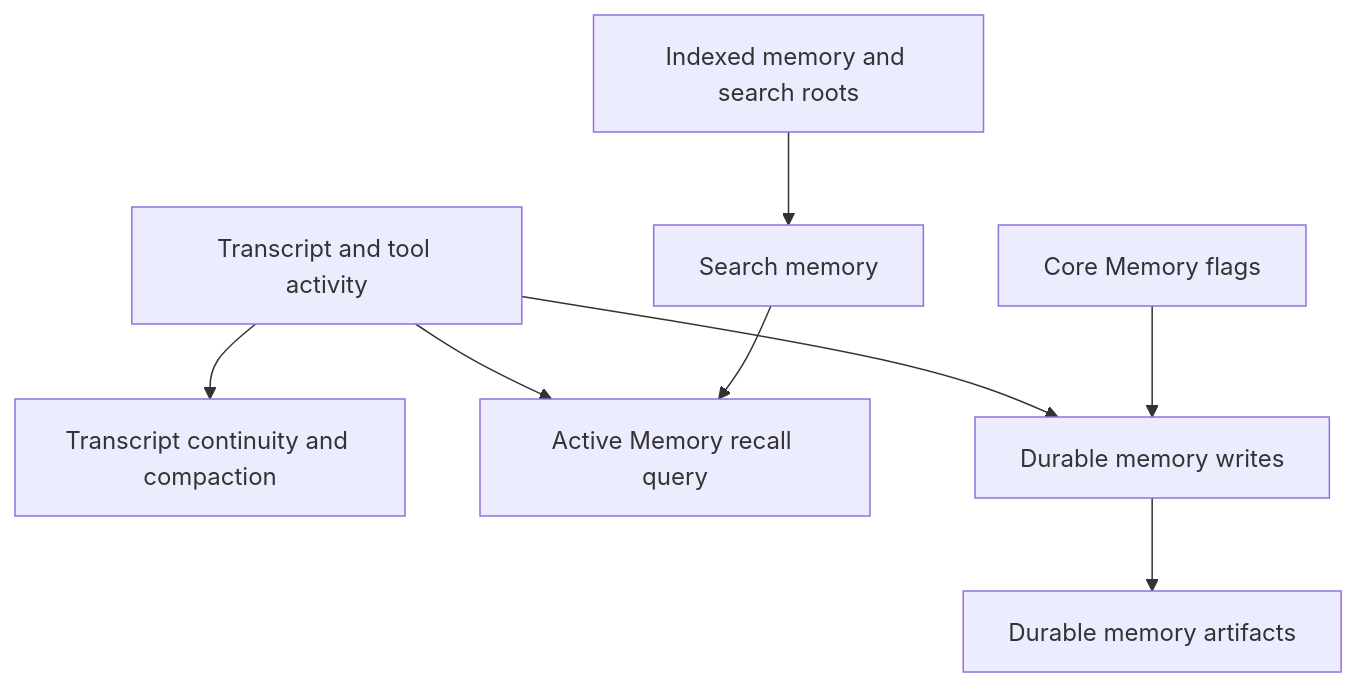
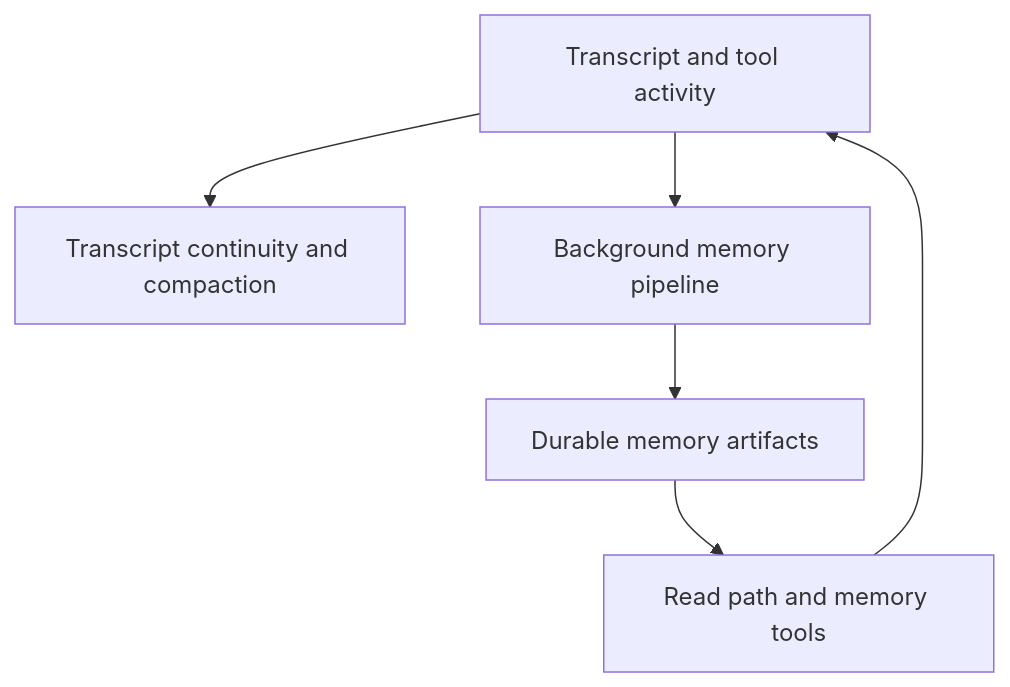
The diagram in docs/guide/memory-systems.md (tulkun-lab/tulkun-lab.github.io), drawn with Mermaid before and after one commit. The commit also changed other lines of this file and 2 other files, not shown here.

First line of the commit message:
docs: align config, memory, and release docs with current architecture

````diff
--- a/docs/guide/memory-systems.md
+++ b/docs/guide/memory-systems.md
@@ -28,10 +31,8 @@
 ```mermaid
 flowchart TB
     A["Transcript and tool activity"] --> B["Transcript continuity and compaction"]
-    A --> C["Active Memory recall query"]
-    D["Indexed memory and search roots"] --> E["Search memory"]
-    E --> C
-    A --> F["Durable memory writes"]
-    F --> G["Durable memory artifacts"]
-    H["Core Memory flags"] --> F
+    A --> P["Background memory pipeline"]
+    P --> M["Durable memory artifacts"]
+    M --> R["Read path and memory tools"]
+    R --> A
 ```
````
